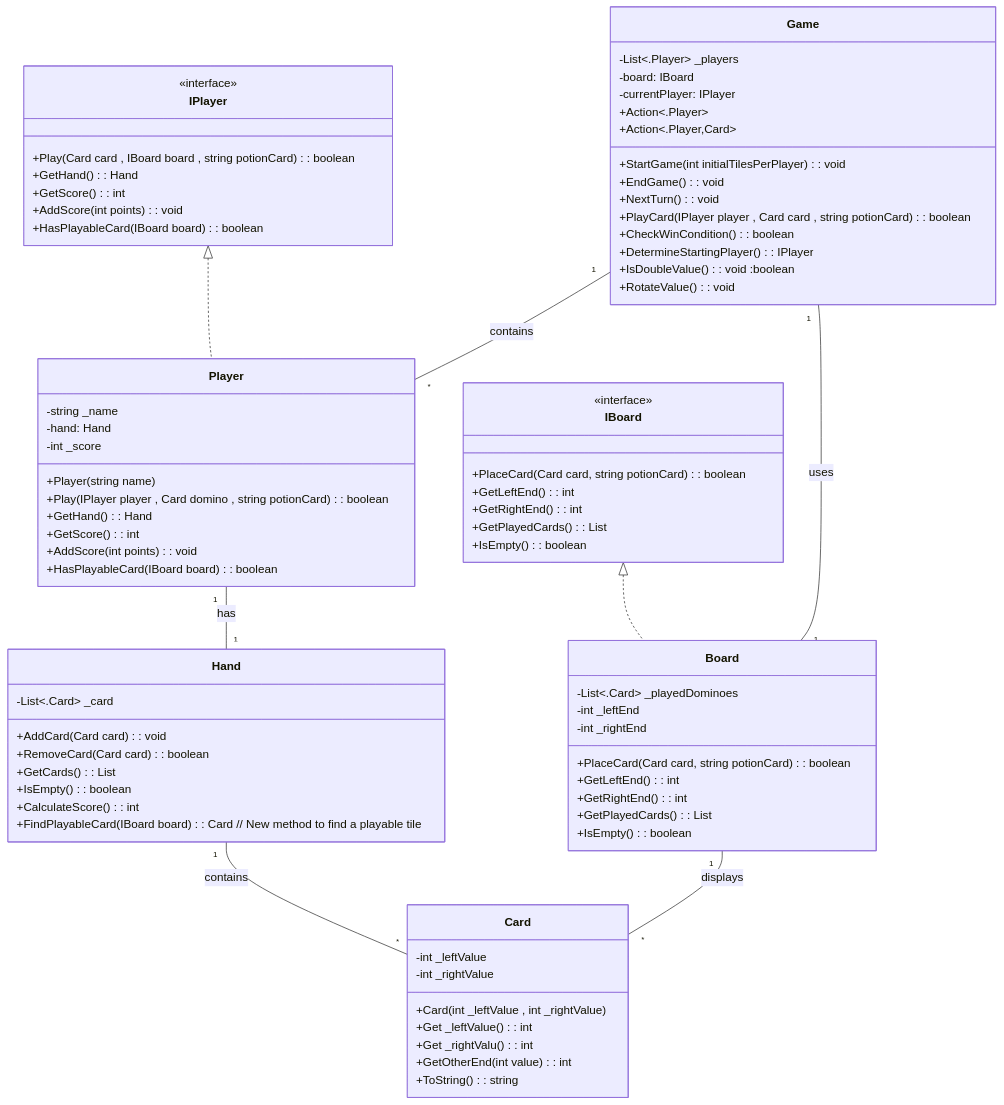
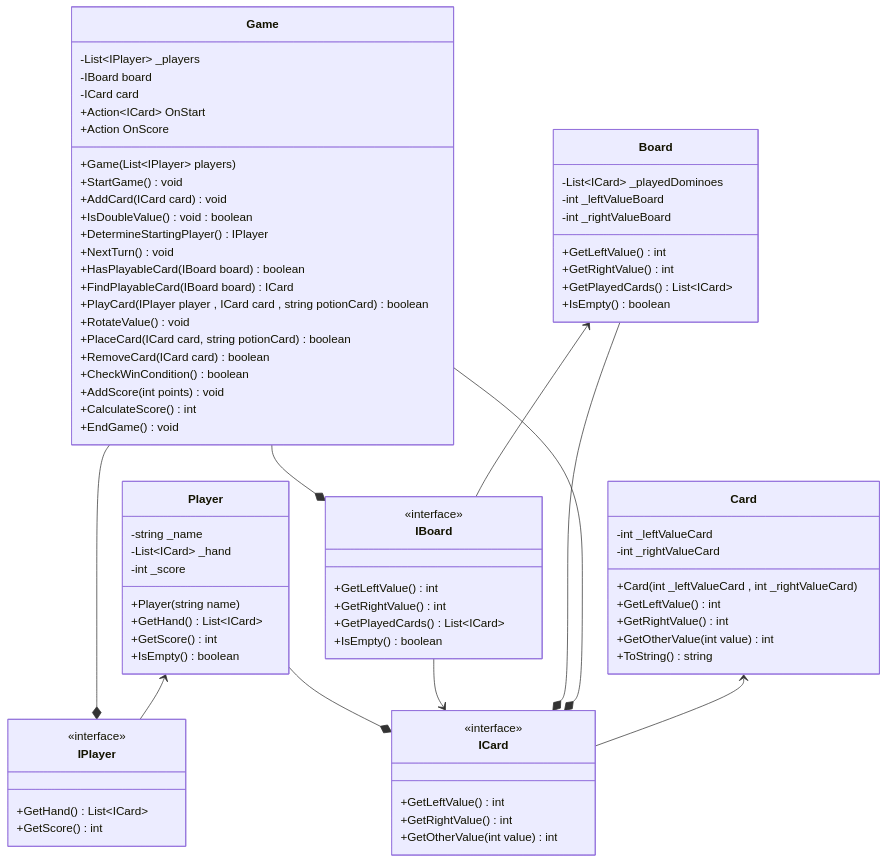
The diagram in ClassDiagram/Domino.mmd (gumilang1205/bootc14), drawn with Mermaid before and after one commit. The commit also changed 19 other files, not shown here.

```diff
--- a/ClassDiagram/Domino.mmd
+++ b/ClassDiagram/Domino.mmd
@@ -1,85 +1,95 @@
 classDiagram
 class Game {
-    -List<.Player> _players
-    -board: IBoard
-    -currentPlayer: IPlayer
-    +Action<.Player>
-    +Action<.Player,Card>
-    +StartGame(int initialTilesPerPlayer): void
-    +EndGame(): void
-    +NextTurn(): void
-    +PlayCard(IPlayer player , Card card , string potionCard): boolean
-    +CheckWinCondition(): boolean
-    +DetermineStartingPlayer(): IPlayer
-    +IsDoubleValue(): void :boolean
-    +RotateValue() : void
+    -List~IPlayer~ _players
+    -IBoard board 
+    -ICard card
+    +Action~ICard~ OnStart
+    +Action OnScore
+    +Game(List~IPlayer~ players)
+    +StartGame() void
+    +AddCard(ICard card) void
+    +IsDoubleValue() void : boolean
+    +DetermineStartingPlayer() IPlayer
+    +NextTurn() void
+    +HasPlayableCard(IBoard board) boolean
+    +FindPlayableCard(IBoard board) ICard
+    +PlayCard(IPlayer player , ICard card , string potionCard) boolean
+    +RotateValue()  void 
+    +PlaceCard(ICard card, string potionCard) boolean  
+    +RemoveCard(ICard card) boolean
+    +CheckWinCondition() boolean
+    +AddScore(int points) void
+    +CalculateScore() int
+    +EndGame() void
 }
 
 class Player {
     -string _name
-    -hand: Hand
+    -List~ICard~ _hand
     -int _score
     +Player(string name)
-    +Play(IPlayer player , Card domino , string potionCard): boolean
-    +GetHand(): Hand
-    +GetScore(): int
-    +AddScore(int points): void
-    +HasPlayableCard(IBoard board): boolean
+    +GetHand() List~ICard~
+    +GetScore() int
+    +IsEmpty() boolean
 }
 
 class Card {
-    -int _leftValue
-    -int _rightValue
-    +Card(int _leftValue , int _rightValue)
-    +Get _leftValue(): int
-    +Get _rightValu(): int
-    +GetOtherEnd(int value): int
-    +ToString(): string
+    -int _leftValueCard
+    -int _rightValueCard
+    +Card(int _leftValueCard , int _rightValueCard)
+    +GetLeftValue() int
+    +GetRightValue() int
+    +GetOtherValue(int value) int
+    +ToString() string
 }
 
-class Hand {
-    -List<.Card> _card
-    +AddCard(Card card): void
-    +RemoveCard(Card card): boolean
-    +GetCards(): List<Card>
-    +IsEmpty(): boolean
-    +CalculateScore(): int
-    +FindPlayableCard(IBoard board): Card // New method to find a playable tile
-}
+%% class Hand {
+%%     -List~ICard~ _card
+%%     +GetCards(): List~ICard~
+    
+%% }
 
 class Board {
-    -List<.Card> _playedDominoes 
-    -int _leftEnd 
-    -int _rightEnd
-    +PlaceCard(Card card, string potionCard): boolean
-    +GetLeftEnd(): int
-    +GetRightEnd(): int
-    +GetPlayedCards(): List<Card>
-    +IsEmpty(): boolean
+    -List~ICard~ _playedDominoes 
+    -int _leftValueBoard
+    -int _rightValueBoard
+    +GetLeftValue() int
+    +GetRightValue() int
+    +GetPlayedCards() List~ICard~
+    +IsEmpty() boolean
 }
 
 class IBoard {
     <<interface>>
-    +PlaceCard(Card card, string potionCard): boolean
-    +GetLeftEnd(): int
-    +GetRightEnd(): int
-    +GetPlayedCards(): List<Card>
-    +IsEmpty(): boolean
+    +GetLeftValue() int
+    +GetRightValue() int
+    +GetPlayedCards() List~ICard~
+    +IsEmpty() boolean
 }
 class IPlayer {
     <<interface>>
-    +Play(Card card , IBoard board , string potionCard): boolean
-    +GetHand(): Hand
-    +GetScore(): int
-    +AddScore(int points): void
-    +HasPlayableCard(IBoard board): boolean
+    +GetHand() List~ICard~
+    +GetScore() int
+}
+class ICard {
+    <<interface>>
+    +GetLeftValue() int
+    +GetRightValue() int
+    +GetOtherValue(int value) int
 }
 %%implementasi
-IBoard <|.. Board
-IPlayer <|.. Player
+Board <-- IBoard
+Player <-- IPlayer
+Card <-- ICard
 %%assosiation
-Game "1" -- "*" Player : contains
-Game "1" -- "1" Board : uses
-Player "1" -- "1" Hand : has
-Hand "1" -- "*" Card : contains
-Board "1" -- "*" Card : displays
+Game --* IPlayer
+Game --* IBoard
+Game --* ICard
+Board --* ICard
+IBoard --> ICard
+Player --*ICard
+%% Game "1" -- "*" IPlayer : contains
+%% Game "1" -- "1" Board : uses
+%% Player "1" -- "1" Hand : has
+%% Hand "1" -- "*" Card : contains
+%% Board "1" -- "*" Card : displays
```
